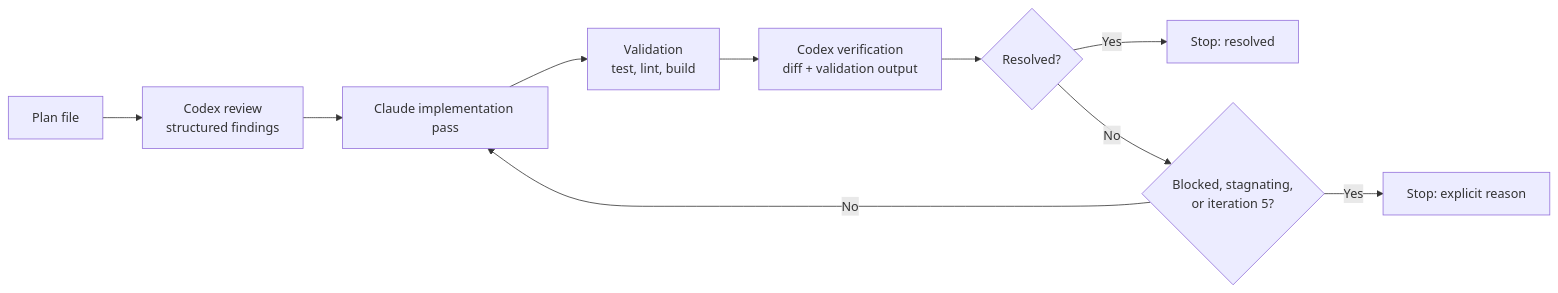
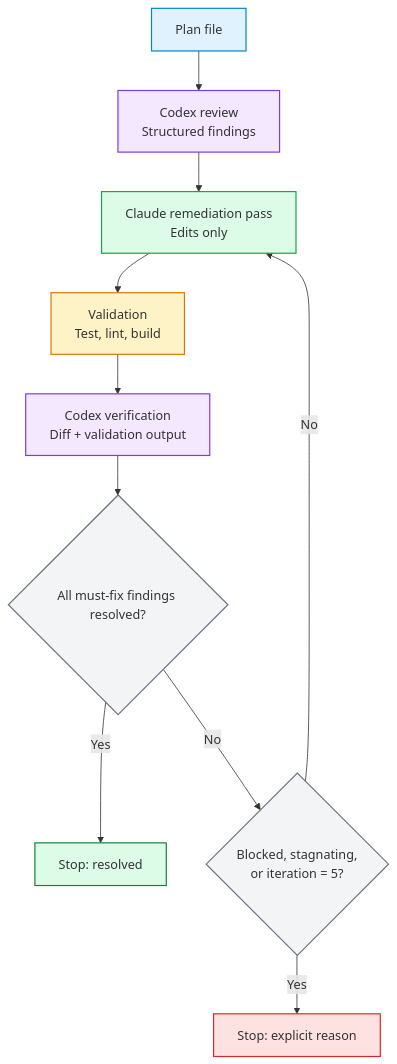
Before and after one commit to builtbylee/claude-codex-remediation-loop: the diagram in README.md, drawn with Mermaid. The commit also changed other lines of this file, not shown here.

Commit message:
docs: improve README visual clarity

````diff
--- a/README.md
+++ b/README.md
@@ -41,12 +44,20 @@
 ```mermaid
-flowchart LR
-    A["Plan file"] --> B["Codex review<br/>structured findings"]
-    B --> C["Claude implementation pass"]
-    C --> D["Validation<br/>test, lint, build"]
-    D --> E["Codex verification<br/>diff + validation output"]
-    E --> F{"Resolved?"}
-    F -- Yes --> G["Stop: resolved"]
-    F -- No --> H{"Blocked, stagnating,<br/>or iteration 5?"}
-    H -- Yes --> I["Stop: explicit reason"]
+flowchart TD
+    classDef plan fill:#e0f2fe,stroke:#0284c7,stroke-width:1.5px;
+    classDef codex fill:#f3e8ff,stroke:#7c3aed,stroke-width:1.5px;
+    classDef claude fill:#dcfce7,stroke:#16a34a,stroke-width:1.5px;
+    classDef checks fill:#fef3c7,stroke:#d97706,stroke-width:1.5px;
+    classDef decision fill:#f3f4f6,stroke:#6b7280,stroke-width:1.5px;
+    classDef done fill:#dcfce7,stroke:#15803d,stroke-width:1.5px;
+    classDef stop fill:#fee2e2,stroke:#dc2626,stroke-width:1.5px;
+
+    A["Plan file"]:::plan --> B["Codex review<br/>Structured findings"]:::codex
+    B --> C["Claude remediation pass<br/>Edits only"]:::claude
+    C --> D["Validation<br/>Test, lint, build"]:::checks
+    D --> E["Codex verification<br/>Diff + validation output"]:::codex
+    E --> F{"All must-fix findings resolved?"}:::decision
+    F -- Yes --> G["Stop: resolved"]:::done
+    F -- No --> H{"Blocked, stagnating,<br/>or iteration = 5?"}:::decision
+    H -- Yes --> I["Stop: explicit reason"]:::stop
     H -- No --> C
 ```
````
